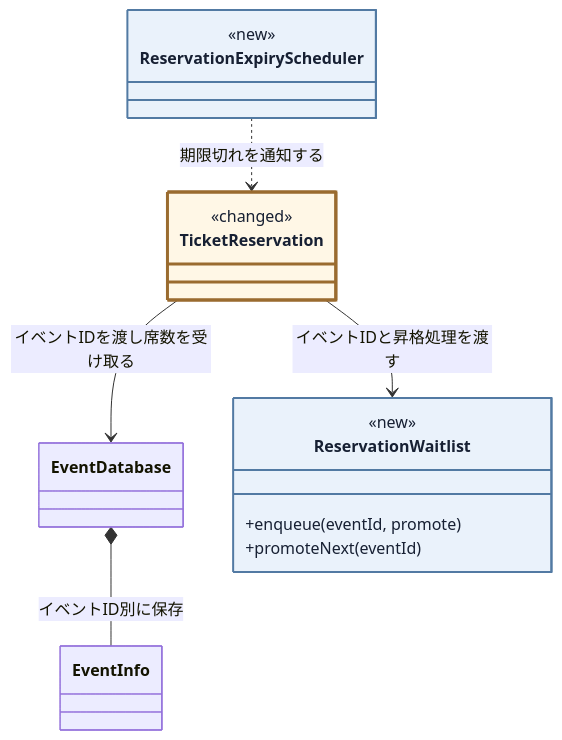
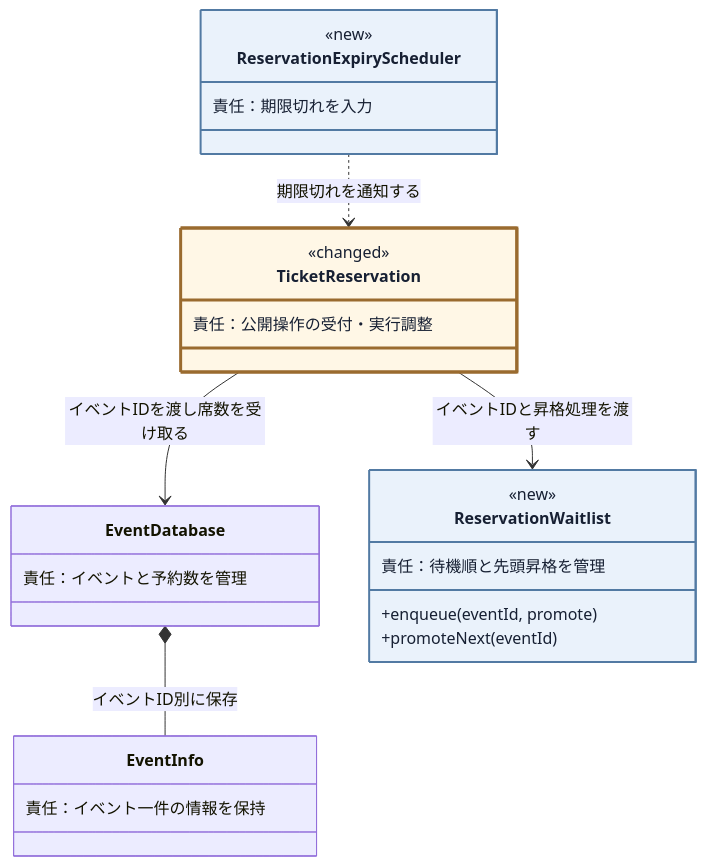
Before and after one commit to kumachan1101-pixel/DesignPattern: diagram 22 of 26 in kindle/design-patterns/books/volume01-core-patterns/output/04-chapter02.md, drawn with Mermaid. The commit also changed other lines of this file and 12 other files, not shown here.

````diff
--- a/kindle/design-patterns/books/volume01-core-patterns/output/04-chapter02.md
+++ b/kindle/design-patterns/books/volume01-core-patterns/output/04-chapter02.md
@@ -2075,24 +2072,31 @@
 ```mermaid
 classDiagram
     direction TB
     class TicketReservation:::touched {
         <<changed>>
+        責任：公開操作の受付・実行調整
     }
-    class EventDatabase
-    class EventInfo
+    class EventDatabase {
+        責任：イベントと予約数を管理
+    }
+    class EventInfo {
+        責任：イベント一件の情報を保持
+    }
     class ReservationWaitlist:::added {
         <<new>>
+        責任：待機順と先頭昇格を管理
         +enqueue(eventId, promote)
         +promoteNext(eventId)
     }
     class ReservationExpiryScheduler:::added {
         <<new>>
+        責任：期限切れを入力
     }
     TicketReservation --> EventDatabase : イベントIDを渡し席数を受け取る
     EventDatabase *-- EventInfo : イベントID別に保存
     TicketReservation --> ReservationWaitlist : イベントIDと昇格処理を渡す
     ReservationExpiryScheduler ..> TicketReservation : 期限切れを通知する
 
     classDef added fill:#eaf2fb,stroke:#527aa3,stroke-width:2px,color:#172033;
     classDef touched fill:#fff7e6,stroke:#9a6b2f,stroke-width:3px,color:#172033;
 ```
````
